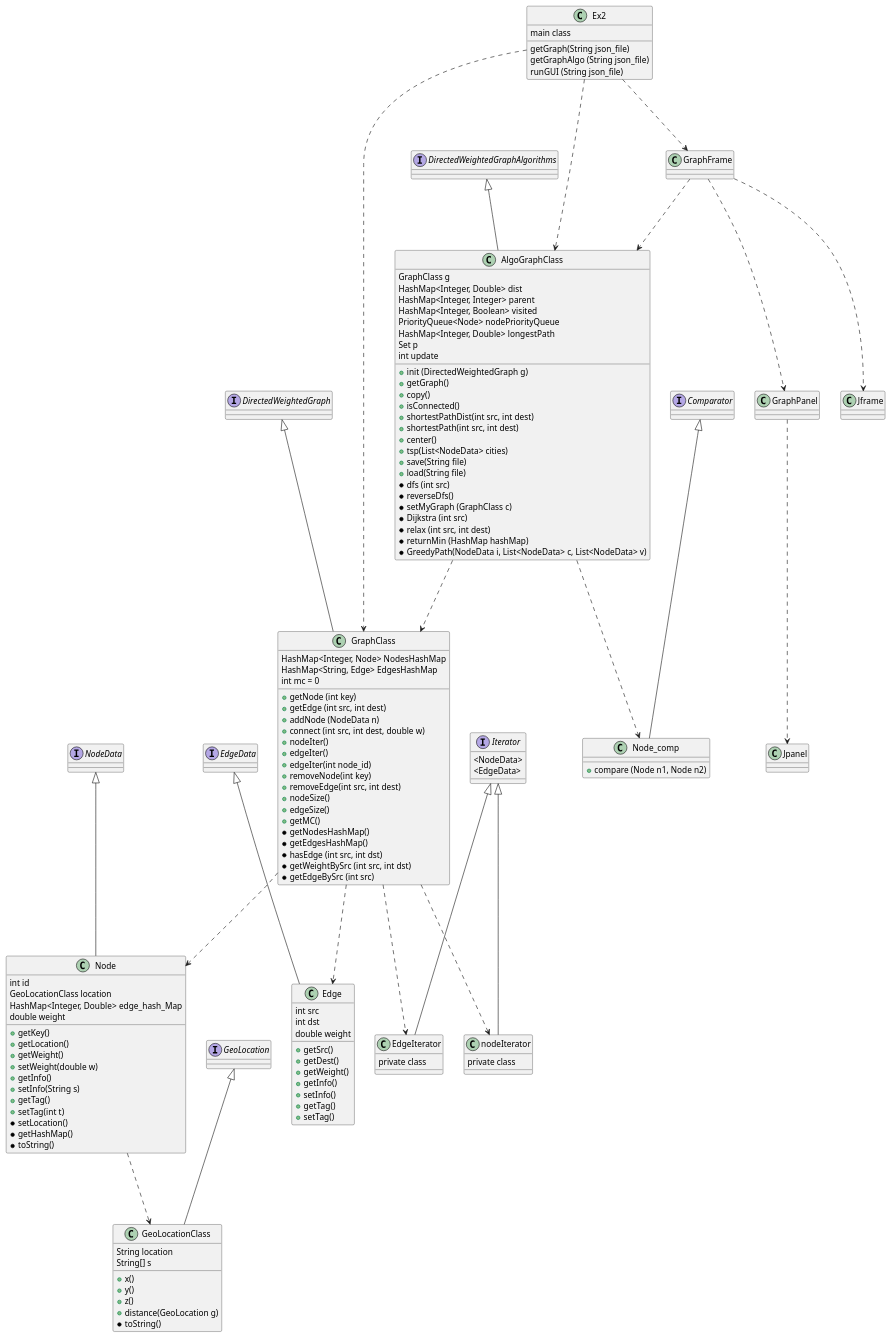
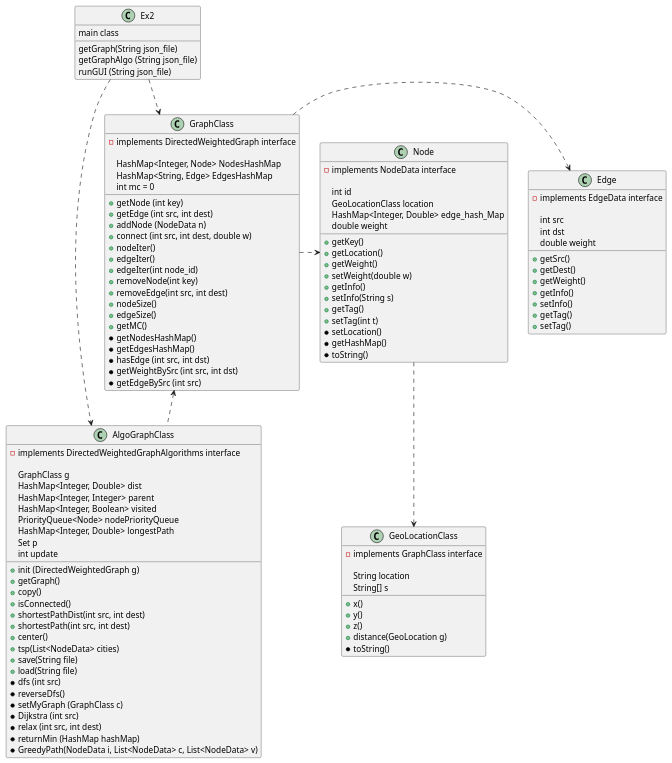
The diagram in DWG uml.puml (Ofiregev/Ex2_oop), drawn with PlantUML before and after one commit. The commit also changed 5 other files, not shown here.

```diff
--- a/DWG uml.puml
+++ b/DWG uml.puml
@@ -1,186 +1,197 @@
 @startuml
 'https://plantuml.com/class-diagram
 
-interface DirectedWeightedGraph
-interface DirectedWeightedGraphAlgorithms
-interface EdgeData
-interface GeoLocation
-interface NodeData
+'interface DirectedWeightedGraph
+'interface DirectedWeightedGraphAlgorithms
+'interface EdgeData
+'interface GeoLocation
+'interface NodeData
 
-interface Iterator
-interface Comparator
+'interface Iterator
+'interface Comparator
 
 class Ex2
 class GraphClass
 class AlgoGraphClass
 class Edge
 class Node
-class Node_comp
+'class Node_comp
 class GeoLocationClass
-class GraphFrame
-class GraphPanel
-class nodeIterator
-class EdgeIterator
-class Jframe
-class Jpanel
+'class GraphFrame
+'class GraphPanel
+'class nodeIterator
+'class EdgeIterator
+'class Jframe
+'class Jpanel
 
-Ex2...>AlgoGraphClass
 Ex2..>GraphClass
 
-Ex2...>GraphFrame
-GraphFrame ...>GraphPanel
+Ex2..>AlgoGraphClass
+'
+'Ex2...>GraphFrame
+'GraphFrame ...>GraphPanel
 
 
+'
+'DirectedWeightedGraph <|--- GraphClass
+'DirectedWeightedGraphAlgorithms <|--- AlgoGraphClass
+'GeoLocation <|--- GeoLocationClass
+'NodeData <|--- Node
+'EdgeData <|--- Edge
+'Iterator <|---nodeIterator
+'Iterator <|--- EdgeIterator
+'Comparator <|--- Node_comp
+'
+'GraphFrame ...>Jframe
+'GraphPanel ...> Jpanel
+GraphClass <.. AlgoGraphClass
+'AlgoGraphClass ......> GraphClass
+'AlgoGraphClass ...>Node_comp
+Node ..>GeoLocationClass
 
-DirectedWeightedGraph <|--- GraphClass
-DirectedWeightedGraphAlgorithms <|--- AlgoGraphClass
-GeoLocation <|--- GeoLocationClass
-NodeData <|--- Node
-EdgeData <|--- Edge
-Iterator <|---nodeIterator
-Iterator <|--- EdgeIterator
-Comparator <|--- Node_comp
-
-GraphFrame ...>Jframe
-GraphPanel ...> Jpanel
-
-AlgoGraphClass ...> GraphClass
-AlgoGraphClass ...>Node_comp
-Node ...>GeoLocationClass
-
-GraphClass ...> Node
-GraphClass ...> Edge
-GraphClass ...>nodeIterator
-GraphClass ...>EdgeIterator
-GraphFrame ...>AlgoGraphClass
+GraphClass .> Node
+GraphClass .> Edge
+'GraphClass ...>nodeIterator
+'GraphClass ...>EdgeIterator
+'GraphFrame ...>AlgoGraphClass
 
 
 class Ex2{
 main class
 }
 
 class GraphClass{
+-implements DirectedWeightedGraph interface
+
 HashMap<Integer, Node> NodesHashMap
  HashMap<String, Edge> EdgesHashMap
  int mc = 0
 +getNode (int key)
 +getEdge (int src, int dest)
 +addNode (NodeData n)
 +connect (int src, int dest, double w)
 +nodeIter()
 +edgeIter()
 +edgeIter(int node_id)
 +removeNode(int key)
 +removeEdge(int src, int dest)
 +nodeSize()
 +edgeSize()
 +getMC()
 
 
 *getNodesHashMap()
 *getEdgesHashMap()
 *hasEdge (int src, int dst)
 *getWeightBySrc (int src, int dst)
 *getEdgeBySrc (int src)
 
 }
 class AlgoGraphClass{
+-implements DirectedWeightedGraphAlgorithms interface
+
 GraphClass g
 HashMap<Integer, Double> dist
 HashMap<Integer, Integer> parent
 HashMap<Integer, Boolean> visited
 PriorityQueue<Node> nodePriorityQueue
 HashMap<Integer, Double> longestPath
 Set p
 int update
 
 +init (DirectedWeightedGraph g)
 +getGraph()
 +copy()
 +isConnected()
 +shortestPathDist(int src, int dest)
 +shortestPath(int src, int dest)
 +center()
 +tsp(List<NodeData> cities)
 +save(String file)
 +load(String file)
 *dfs (int src)
 *reverseDfs()
 *setMyGraph (GraphClass c)
 *Dijkstra (int src)
 *relax (int src, int dest)
 *returnMin (HashMap hashMap)
 *GreedyPath(NodeData i, List<NodeData> c, List<NodeData> v)
 }
-class nodeIterator{
-private class
-}
-class EdgeIterator{
-private class
-}
+'class nodeIterator{
+'private class
+'}
+'class EdgeIterator{
+'private class
+'}
 class Node{
+-implements NodeData interface
+
 int id
 GeoLocationClass location
 HashMap<Integer, Double> edge_hash_Map
 double weight
 
 +getKey()
 +getLocation()
 +getWeight()
 +setWeight(double w)
 +getInfo()
 +setInfo(String s)
 +getTag()
 +setTag(int t)
 *setLocation()
 *getHashMap()
 *toString()
 
 }
 class Edge{
+-implements EdgeData interface
+
 int src
 int dst
 double weight
 +getSrc()
 +getDest()
 +getWeight()
 +getInfo()
 +setInfo()
 +getTag()
 +setTag()
 }
 class GeoLocationClass{
+-implements GraphClass interface
+
 String location
 String[] s
 
 +x()
 +y()
 +z()
 +distance(GeoLocation g)
 *toString()
+}
 
 
 
-
-}
-class Node_comp{
-+compare (Node n1, Node n2)
-}
-
-
-interface Iterator{
-<NodeData>
-<EdgeData>
-}
+'}
+'class Node_comp{
+'+compare (Node n1, Node n2)
+'}
+'
+'
+'interface Iterator{
+'<NodeData>
+'<EdgeData>
+'}
 class Ex2{
 getGraph(String json_file)
 getGraphAlgo (String json_file)
 runGUI (String json_file)
 
 }
 
 
 
 
 
 @enduml
```
